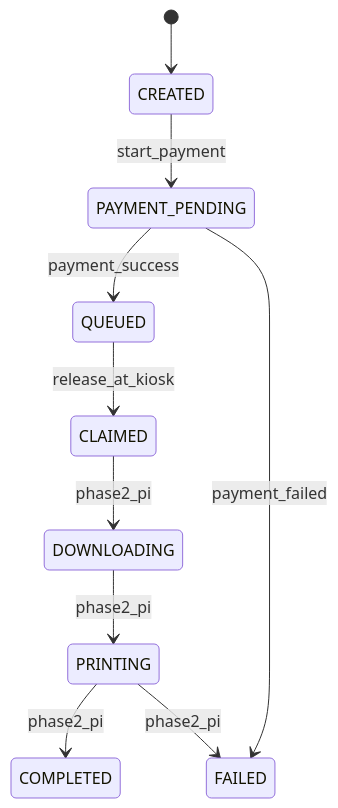
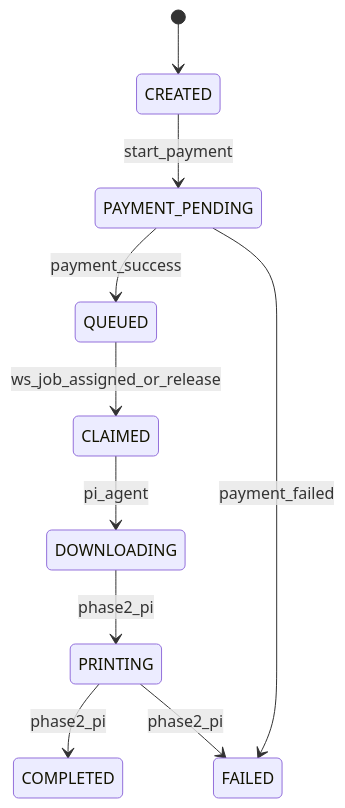
The diagram in docs/print-jobs.md (kishore-sv/quickprint), drawn with Mermaid before and after one commit. The commit also changed other lines of this file and 61 other files, not shown here.

````diff
--- a/docs/print-jobs.md
+++ b/docs/print-jobs.md
@@ -5,12 +5,12 @@
 ```mermaid
 stateDiagram-v2
   [*] --> CREATED
   CREATED --> PAYMENT_PENDING: start_payment
   PAYMENT_PENDING --> QUEUED: payment_success
   PAYMENT_PENDING --> FAILED: payment_failed
-  QUEUED --> CLAIMED: release_at_kiosk
-  CLAIMED --> DOWNLOADING: phase2_pi
+  QUEUED --> CLAIMED: ws_job_assigned_or_release
+  CLAIMED --> DOWNLOADING: pi_agent
   DOWNLOADING --> PRINTING: phase2_pi
   PRINTING --> COMPLETED: phase2_pi
   PRINTING --> FAILED: phase2_pi
 ```
````
